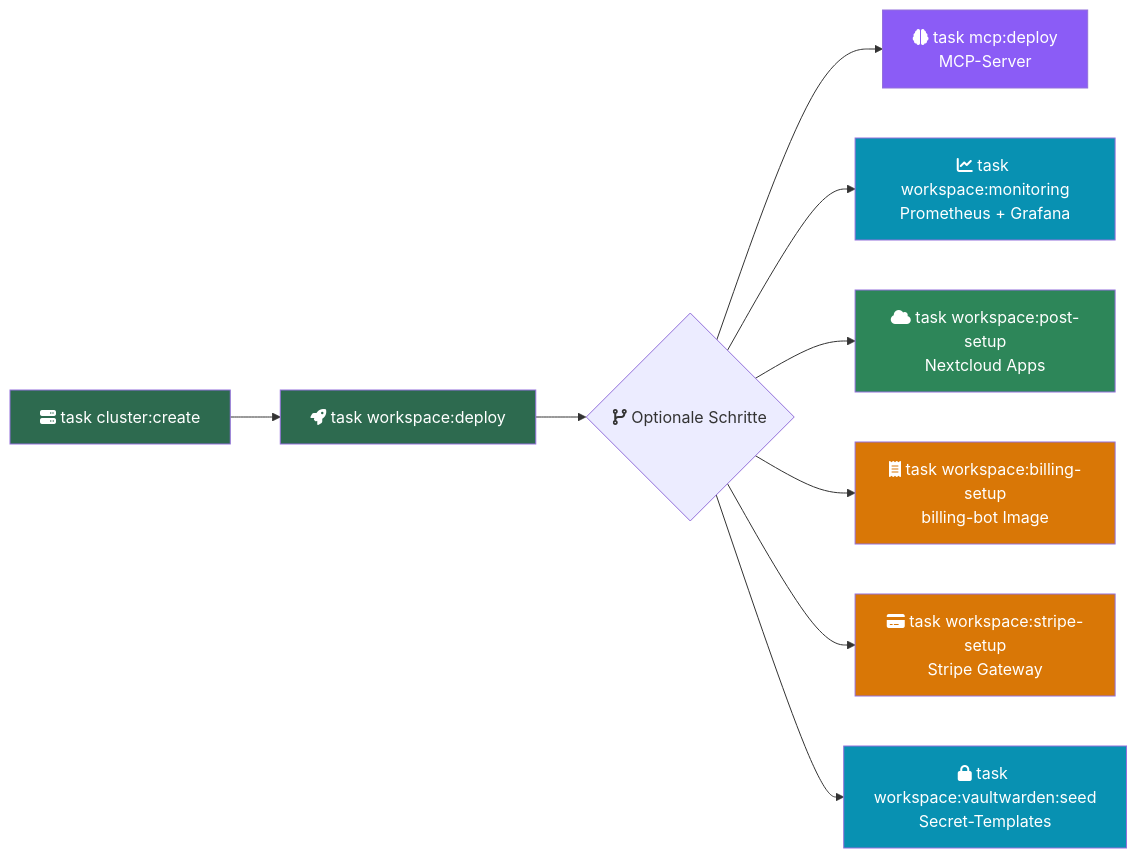
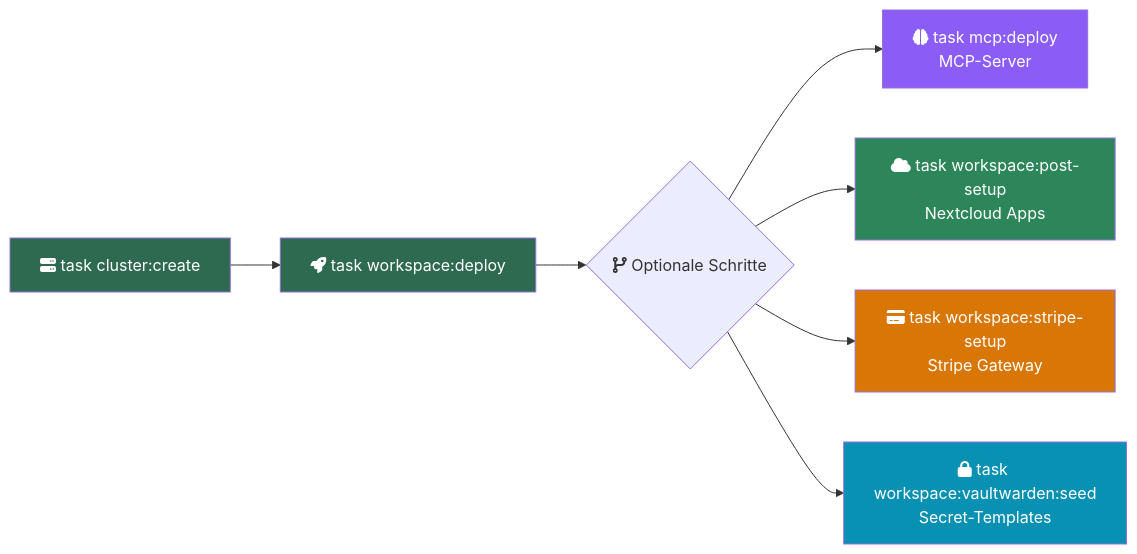
Before and after one commit to Paddione/Bachelorprojekt: the third of 3 diagrams in README.md, drawn with Mermaid. The commit also changed other lines of this file and 11 other files, not shown here.

First line of the commit message:
docs: update architecture diagrams and data model to current state

````diff
--- a/README.md
+++ b/README.md
@@ -168,20 +163,16 @@
 ```mermaid
 flowchart LR
     A["fa:fa-server task cluster:create"] --> B["fa:fa-rocket task workspace:deploy"]
     B --> C{"fa:fa-code-branch Optionale Schritte"}
     C --> D["fa:fa-brain task mcp:deploy<br/>MCP-Server"]
-    C --> E["fa:fa-chart-line task workspace:monitoring<br/>Prometheus + Grafana"]
-    C --> F["fa:fa-cloud task workspace:post-setup<br/>Nextcloud Apps"]
-    C --> G["fa:fa-receipt task workspace:billing-setup<br/>billing-bot Image"]
-    C --> H["fa:fa-credit-card task workspace:stripe-setup<br/>Stripe Gateway"]
-    C --> I["fa:fa-lock task workspace:vaultwarden:seed<br/>Secret-Templates"]
+    C --> E["fa:fa-cloud task workspace:post-setup<br/>Nextcloud Apps"]
+    C --> F["fa:fa-credit-card task workspace:stripe-setup<br/>Stripe Gateway"]
+    C --> G["fa:fa-lock task workspace:vaultwarden:seed<br/>Secret-Templates"]
 
     style A fill:#2d6a4f,color:#fff
     style B fill:#2d6a4f,color:#fff
     style D fill:#8b5cf6,color:#fff
-    style E fill:#0891b2,color:#fff
-    style F fill:#2d8659,color:#fff
-    style G fill:#d97706,color:#fff
-    style H fill:#d97706,color:#fff
-    style I fill:#0891b2,color:#fff
+    style E fill:#2d8659,color:#fff
+    style F fill:#d97706,color:#fff
+    style G fill:#0891b2,color:#fff
 ```
````
